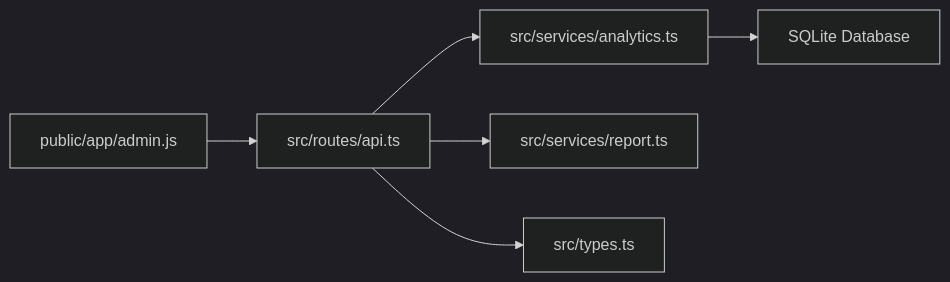
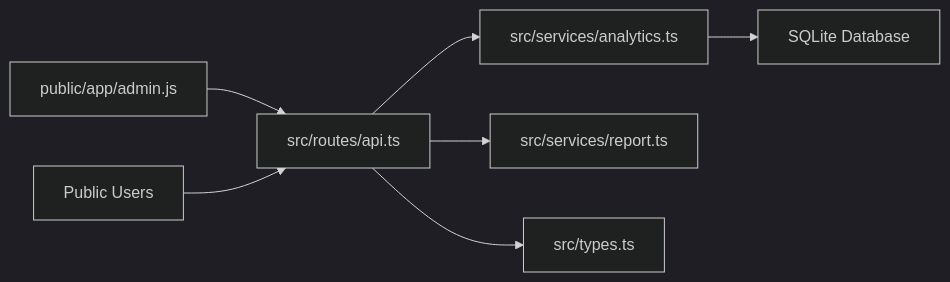
Before and after one commit to dkoukoul/kpop-random-dance-generator: diagram 13 of 13 in .qoder/repowiki/en/content/Core Services Architecture/Analytics and Tracking Service.md, drawn with Mermaid (dark theme). The commit also changed other lines of this file and 3 other files, not shown here.

````diff
--- a/.qoder/repowiki/en/content/Core Services Architecture/Analytics and Tracking Service.md
+++ b/.qoder/repowiki/en/content/Core Services Architecture/Analytics and Tracking Service.md
@@ -489,8 +535,9 @@
 ```mermaid
 graph LR
 API["src/routes/api.ts"] --> ANA["src/services/analytics.ts"]
 API --> REP["src/services/report.ts"]
 API --> TYP["src/types.ts"]
 ADMJS["public/app/admin.js"] --> API
+PUBLIC["Public Users"] --> API
 ANA --> DB["SQLite Database"]
 ```
````
